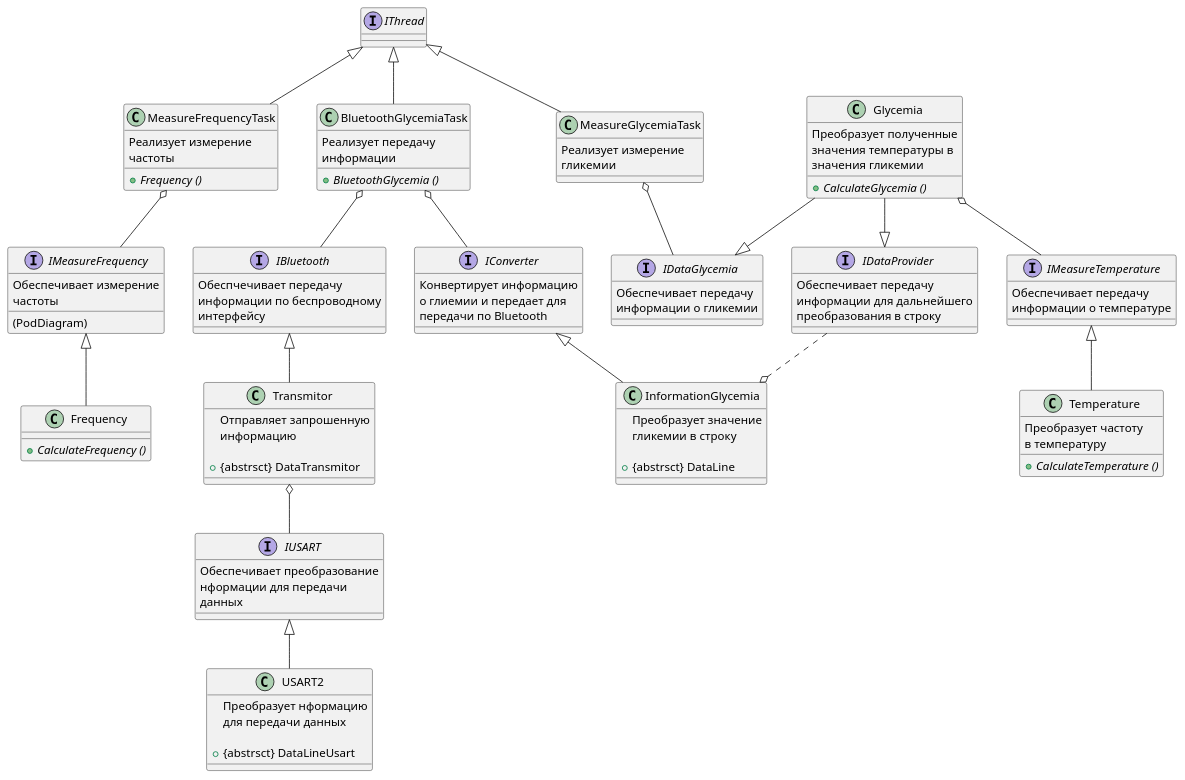
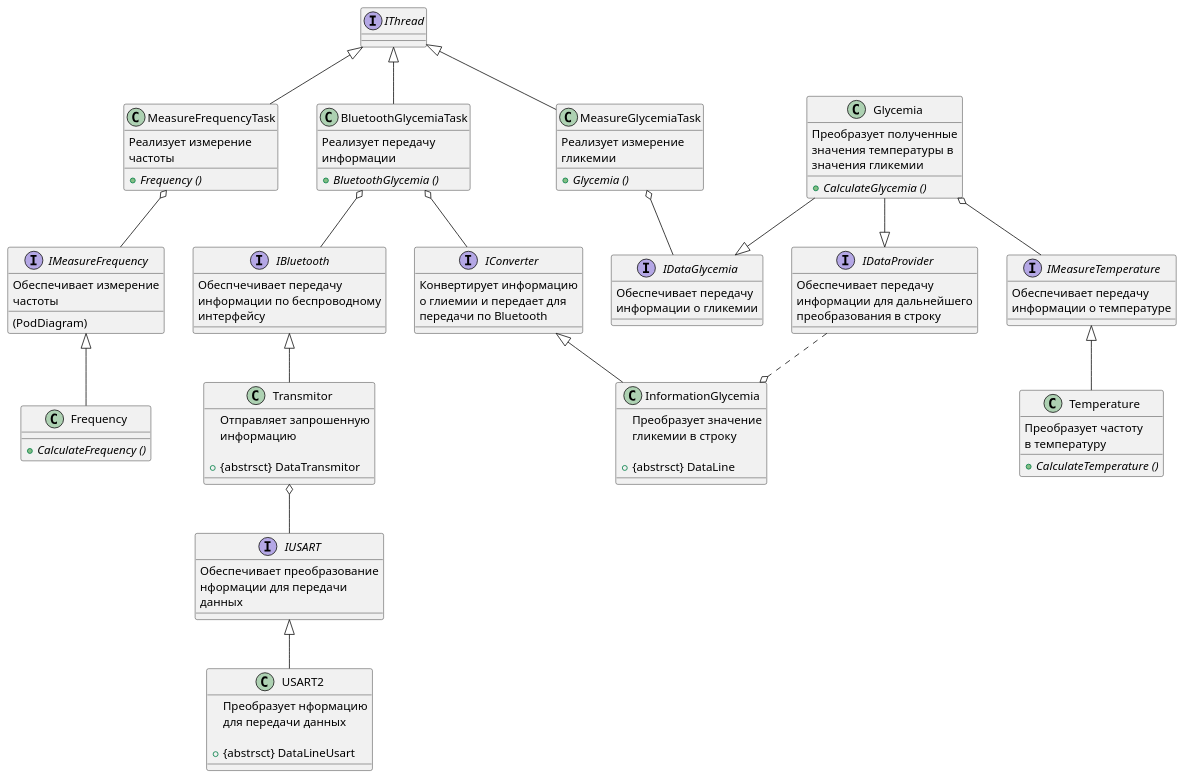
One commit to Luda-Seliv-KE-413/Kursovoy changed the diagram in DOC/Diagram.puml. Above: the diagram before and after it, drawn with PlantUML.

```diff
--- a/DOC/Diagram.puml
+++ b/DOC/Diagram.puml
@@ -1,126 +1,128 @@
 @startuml main 
 
 interface IThread
 class MeasureGlycemiaTask
 {
     Реализует измерение
     гликемии
+
+    + {abstract} Glycemia ()
 }
 class Glycemia
 {
     Преобразует полученные
     значения температуры в
     значения гликемии
 
      + {abstract} CalculateGlycemia ()
 }
 interface IMeasureTemperature
 {
     Обеспечивает передачу
     информации о температуре
 }
 class Temperature
 {
     Преобразует частоту
     в температуру
 
      + {abstract} CalculateTemperature ()
 }
 class MeasureFrequencyTask
 {
     Реализует измерение
     частоты
 
     + {abstract} Frequency ()
 }
 interface IMeasureFrequency
 {
     Обеспечивает измерение
     частоты
     (PodDiagram)
 }
 class Frequency
 {
      + {abstract} CalculateFrequency ()
 }
 
 IThread <|-down- MeasureGlycemiaTask
 IDataGlycemia -up-o MeasureGlycemiaTask
 IDataGlycemia <|-up- Glycemia
 IMeasureTemperature -up-o Glycemia
 Temperature -up-|> IMeasureTemperature
 Frequency -up-|> IMeasureFrequency
 MeasureFrequencyTask -up-|> IThread
 IMeasureFrequency -up-o MeasureFrequencyTask
 
 class BluetoothGlycemiaTask
 {
     Реализует передачу
     информации
 
      + {abstract} BluetoothGlycemia ()
 }
 class USART2
 {
     Преобразует нформацию
     для передачи данных
     
     + {abstrsct} DataLineUsart
 }
 class Transmitor
 {
     Отправляет запрошенную
     информацию
     
     + {abstrsct} DataTransmitor
 }
 interface IDataGlycemia
 {
     Обеспечивает передачу
     информации о гликемии
 }
 class InformationGlycemia
 {
     Преобразует значение 
     гликемии в строку
     
     + {abstrsct} DataLine
 }
 interface IBluetooth
 {
     Обеспчечивает передачу 
     информации по беспроводному
     интерфейсу
 }
 interface IUSART
 {
     Обеспечивает преобразование 
     нформации для передачи 
     данных
 }
 interface IConverter
 {
     Конвертирует информацию 
     о глиемии и передает для 
     передачи по Bluetooth
 }
 interface IDataProvider
 {
     Обеспечивает передачу 
     информации для дальнейшего 
     преобразования в строку
 }
 
 IThread <|-- BluetoothGlycemiaTask
 BluetoothGlycemiaTask o-- IBluetooth
 Transmitor -up-|> IBluetooth
 IUSART -up-o Transmitor
 USART2 -up-|> IUSART
 InformationGlycemia -up-|> IConverter
 IConverter -up-o BluetoothGlycemiaTask
 
 
 InformationGlycemia o.up.IDataProvider
 Glycemia --|> IDataProvider
 
 @enduml
```
